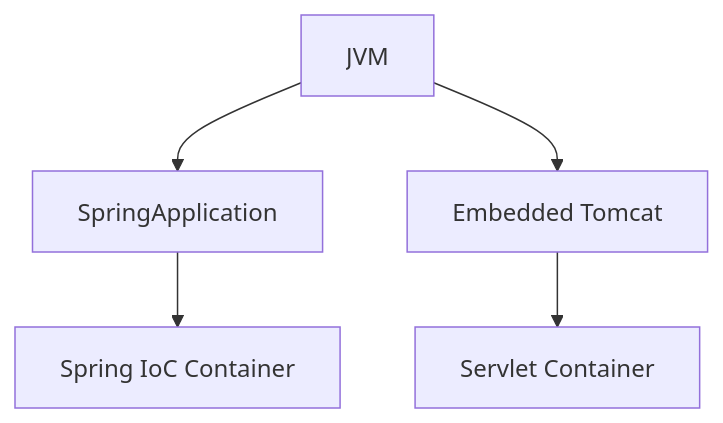
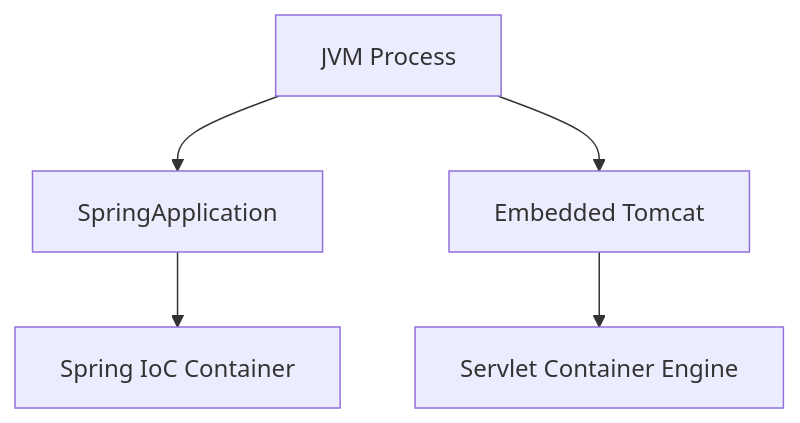
Before and after one commit to MaiTheHao/docs: the first of 4 diagrams in temporary/frameworks/spring_boot/03_spring_mvc_web_layer.md, drawn with Mermaid. The commit also changed other lines of this file, not shown here.

Commit message:
docs: update content and improve structure in spring mvc web layer guide

````diff
--- a/temporary/frameworks/spring_boot/03_spring_mvc_web_layer.md
+++ b/temporary/frameworks/spring_boot/03_spring_mvc_web_layer.md
@@ -16,8 +18,11 @@
 ```mermaid
 flowchart TD
-    jvm[JVM]
-    jvm --> springApp[SpringApplication]
-    jvm --> tomcat[Embedded Tomcat]
-    springApp --> ioc[Spring IoC Container]
-    tomcat --> servletEngine[Servlet Container]
+    accTitle: Dual Container Architecture
+    accDescr: Separation of lifecycle management between Servlet Container and Spring IoC Container under JVM.
+
+    jvmNode["JVM Process"]
+    jvmNode --> springApp["SpringApplication"]
+    jvmNode --> tomcat["Embedded Tomcat"]
+    springApp --> ioc["Spring IoC Container"]
+    tomcat --> servletEngine["Servlet Container Engine"]
 ```
````
